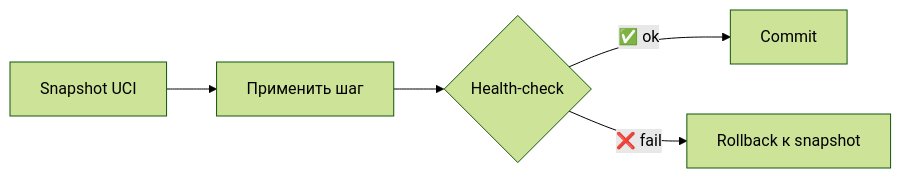
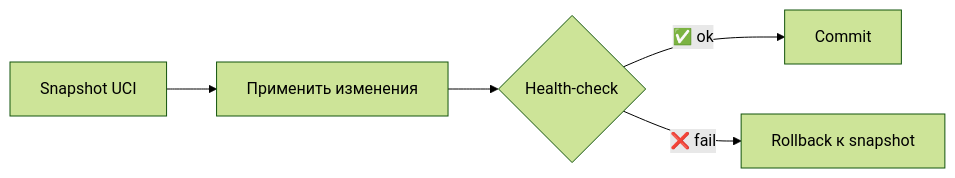
Before and after one commit to andreiyurik/cheburnet-router: the third of 5 diagrams in docs/architecture-v2.md, drawn with Mermaid (forest theme). The commit also changed other lines of this file, not shown here.

Commit message:
docs(architecture): переработка и сокращение architecture-v2.md

````diff
--- a/docs/architecture-v2.md
+++ b/docs/architecture-v2.md
@@ -209,7 +140,7 @@
 ```mermaid
 flowchart LR
-    snap[Snapshot UCI] --> apply[Применить шаг]
+    snap[Snapshot UCI] --> apply[Применить изменения]
     apply --> health{Health-check}
     health -->|✅ ok| commit[Commit]
     health -->|❌ fail| rollback[Rollback к snapshot]
 ```
````
